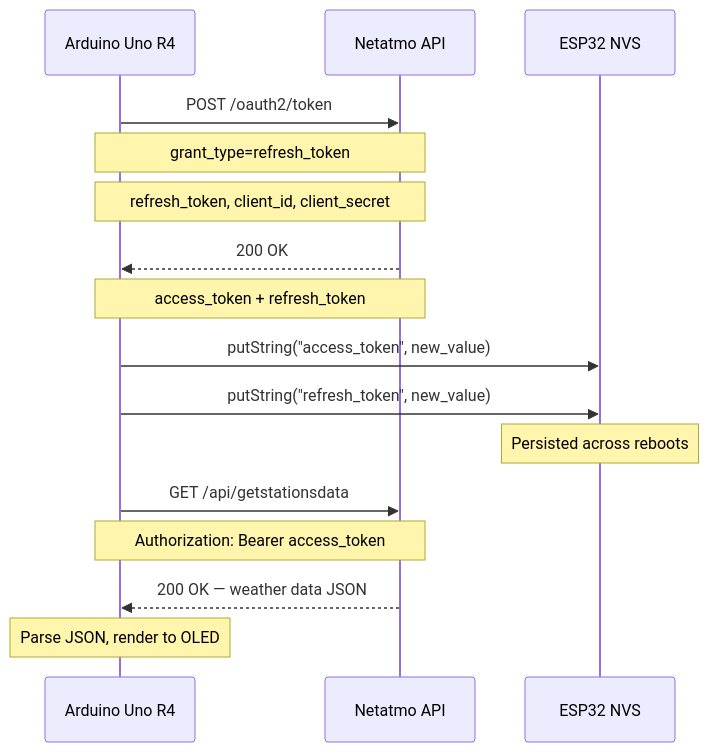
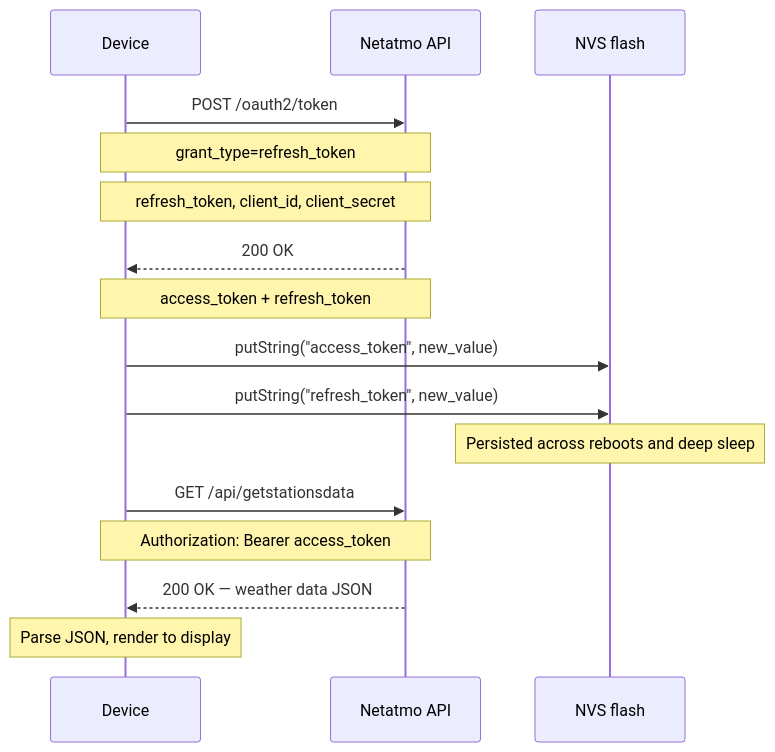
Before and after one commit to vcchstrandberg/netatmo-weather-api: the eighth of 9 diagrams in README.md, drawn with Mermaid. The commit also changed other lines of this file, not shown here.

````diff
--- a/README.md
+++ b/README.md
@@ -273,23 +293,23 @@
 ```mermaid
 sequenceDiagram
-    participant A as Arduino Uno R4
+    participant A as Device
     participant N as Netatmo API
-    participant S as ESP32 NVS
+    participant S as NVS flash
 
     A->>N: POST /oauth2/token
     Note over A,N: grant_type=refresh_token
     Note over A,N: refresh_token, client_id, client_secret
 
     N-->>A: 200 OK
     Note over N,A: access_token + refresh_token
 
     A->>S: putString("access_token", new_value)
     A->>S: putString("refresh_token", new_value)
-    Note over S: Persisted across reboots
+    Note over S: Persisted across reboots and deep sleep
 
     A->>N: GET /api/getstationsdata
     Note over A,N: Authorization: Bearer access_token
 
     N-->>A: 200 OK — weather data JSON
-    Note over A: Parse JSON, render to OLED
+    Note over A: Parse JSON, render to display
 ```
````
